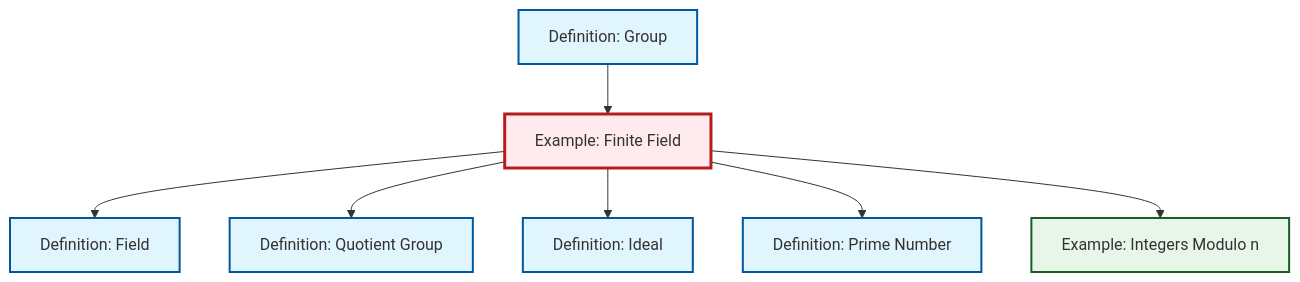
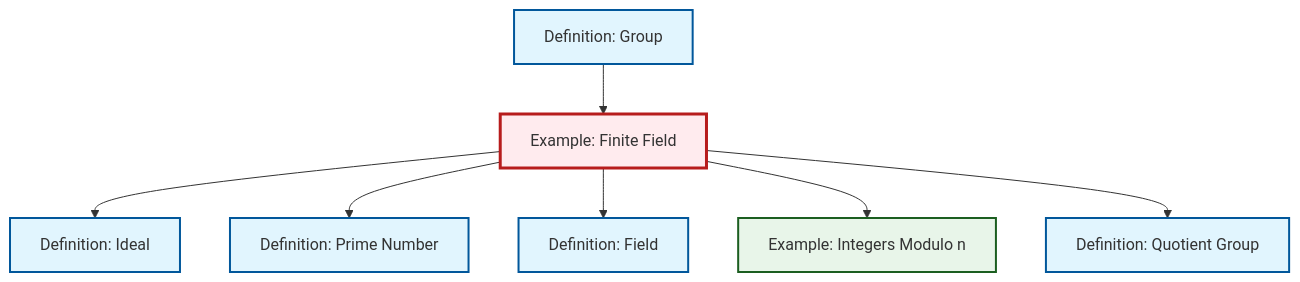
One commit to RK0429/ModernMath changed the diagram in content/en/algebra/ex-finite-field.qmd. Above: the diagram before and after it, drawn with Mermaid. The commit also changed other lines of this file and 360 other files, not shown here.

````diff
--- a/content/en/algebra/ex-finite-field.qmd
+++ b/content/en/algebra/ex-finite-field.qmd
@@ -65,29 +65,29 @@
 ```{mermaid}
 %%| fig-cap: "Local dependency graph"
 graph TD
     classDef definition fill:#e1f5fe,stroke:#01579b,stroke-width:2px
     classDef theorem fill:#f3e5f5,stroke:#4a148c,stroke-width:2px
     classDef axiom fill:#fff3e0,stroke:#e65100,stroke-width:2px
     classDef example fill:#e8f5e9,stroke:#1b5e20,stroke-width:2px
     classDef current fill:#ffebee,stroke:#b71c1c,stroke-width:3px
+    def-quotient-group["Definition: Quotient Group"]:::definition
     ex-quotient-integers-mod-n["Example: Integers Modulo n"]:::example
+    def-ideal["Definition: Ideal"]:::definition
+    def-field["Definition: Field"]:::definition
     ex-finite-field["Example: Finite Field"]:::example
-    def-field["Definition: Field"]:::definition
+    def-prime["Definition: Prime Number"]:::definition
     def-group["Definition: Group"]:::definition
-    def-ideal["Definition: Ideal"]:::definition
-    def-prime["Definition: Prime Number"]:::definition
-    def-quotient-group["Definition: Quotient Group"]:::definition
-    ex-finite-field --> def-field
-    ex-finite-field --> def-quotient-group
     ex-finite-field --> def-ideal
     ex-finite-field --> def-prime
+    def-group --> ex-finite-field
+    ex-finite-field --> def-field
     ex-finite-field --> ex-quotient-integers-mod-n
-    def-group --> ex-finite-field
+    ex-finite-field --> def-quotient-group
     class ex-finite-field current
+    click def-quotient-group "def-quotient-group.html" "Go to Quotient Group definition"
     click ex-quotient-integers-mod-n "ex-quotient-integers-mod-n.html" "Go to Integers Modulo n example"
+    click def-ideal "def-ideal.html" "Go to Ideal definition"
     click def-field "def-field.html" "Go to Field definition"
+    click def-prime "def-prime.html" "Go to Prime Number definition"
     click def-group "def-group.html" "Go to Group definition"
-    click def-ideal "def-ideal.html" "Go to Ideal definition"
-    click def-prime "def-prime.html" "Go to Prime Number definition"
-    click def-quotient-group "def-quotient-group.html" "Go to Quotient Group definition"
 ```
````
